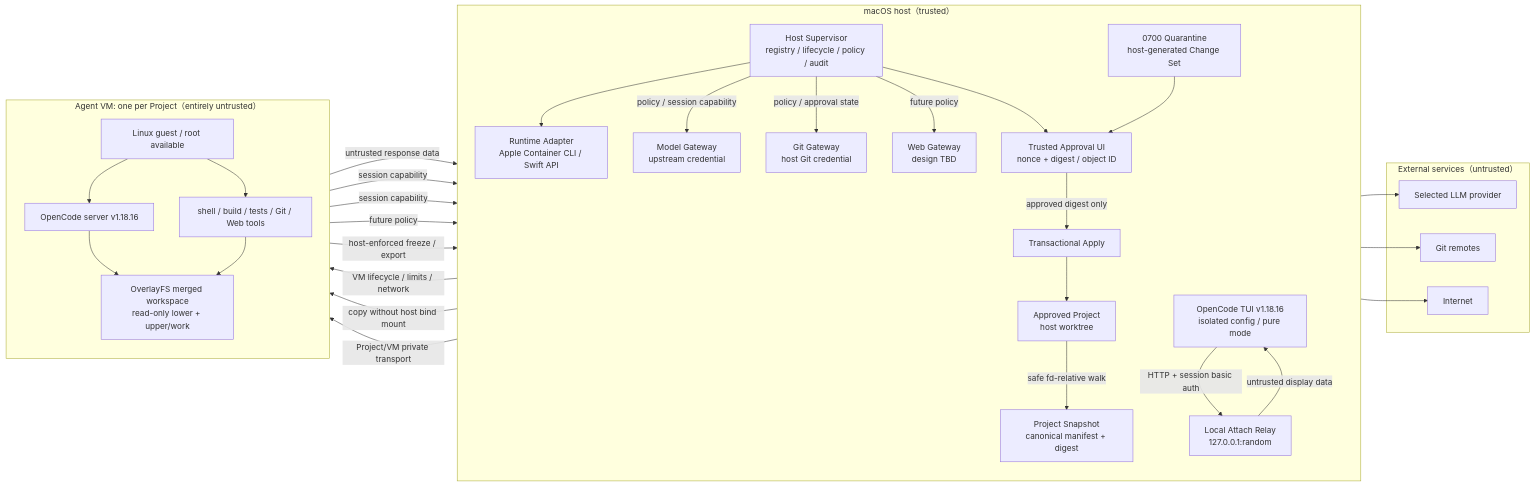
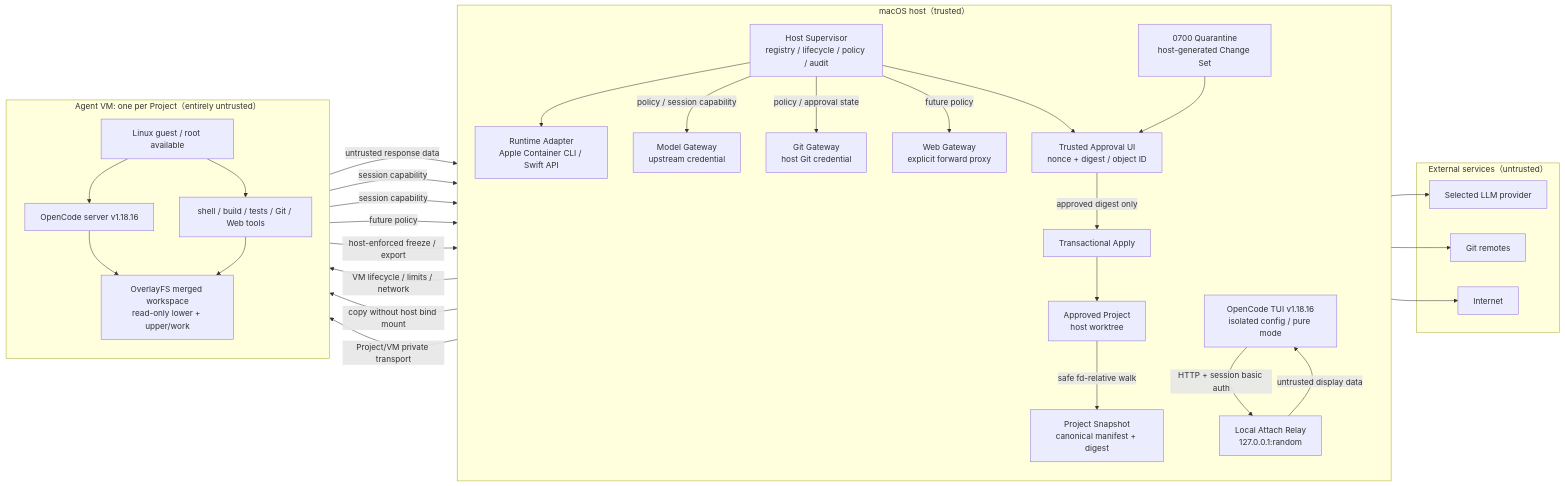
The first of 4 diagrams in docs/plan/sunaba-secure-agent-platform.md (Haruka-127/sunaba), drawn with Mermaid before and after one commit. The commit also changed other lines of this file and 3 other files, not shown here.

````diff
--- a/docs/plan/sunaba-secure-agent-platform.md
+++ b/docs/plan/sunaba-secure-agent-platform.md
@@ -219,59 +219,59 @@
 ```mermaid
 flowchart LR
     subgraph HOST["macOS host（trusted）"]
         direction TB
         Project["Approved Project<br/>host worktree"]
         Snapshot["Project Snapshot<br/>canonical manifest + digest"]
         Supervisor["Host Supervisor<br/>registry / lifecycle / policy / audit"]
         Runtime["Runtime Adapter<br/>Apple Container CLI / Swift API"]
         TUI["OpenCode TUI v1.18.16<br/>isolated config / pure mode"]
         Relay["Local Attach Relay<br/>127.0.0.1:random"]
         ModelGW["Model Gateway<br/>upstream credential"]
         GitGW["Git Gateway<br/>host Git credential"]
-        WebGW["Web Gateway<br/>design TBD"]
+        WebGW["Web Gateway<br/>explicit forward proxy"]
         Quarantine["0700 Quarantine<br/>host-generated Change Set"]
         Approval["Trusted Approval UI<br/>nonce + digest / object ID"]
         Apply["Transactional Apply"]
     end
 
     subgraph GUEST["Agent VM: one per Project（entirely untrusted）"]
         direction TB
         GuestOS["Linux guest / root available"]
         Server["OpenCode server v1.18.16"]
         Tools["shell / build / tests / Git / Web tools"]
         Workspace["OverlayFS merged workspace<br/>read-only lower + upper/work"]
         GuestOS --> Server
         GuestOS --> Tools
         Server --> Workspace
         Tools --> Workspace
     end
 
     subgraph EXTERNAL["External services（untrusted）"]
         LLM["Selected LLM provider"]
         GitRemote["Git remotes"]
         Internet["Internet"]
     end
 
     Supervisor --> Runtime
     Runtime -->|VM lifecycle / limits / network| GuestOS
     Project -->|safe fd-relative walk| Snapshot
     Snapshot -->|copy without host bind mount| Workspace
     Supervisor -->|policy / session capability| ModelGW
     Supervisor -->|policy / approval state| GitGW
     Supervisor -->|future policy| WebGW
     Supervisor --> Approval
     TUI -->|HTTP + session basic auth| Relay
     Relay -->|Project/VM private transport| Server
     Server -->|untrusted response data| Relay
     Relay -->|untrusted display data| TUI
     Server -->|session capability| ModelGW
     Tools -->|session capability| GitGW
     Tools -->|future policy| WebGW
     ModelGW --> LLM
     GitGW --> GitRemote
     WebGW --> Internet
     Workspace -->|host-enforced freeze / export| Quarantine
     Quarantine --> Approval
     Approval -->|approved digest only| Apply
     Apply --> Project
 ```
````
